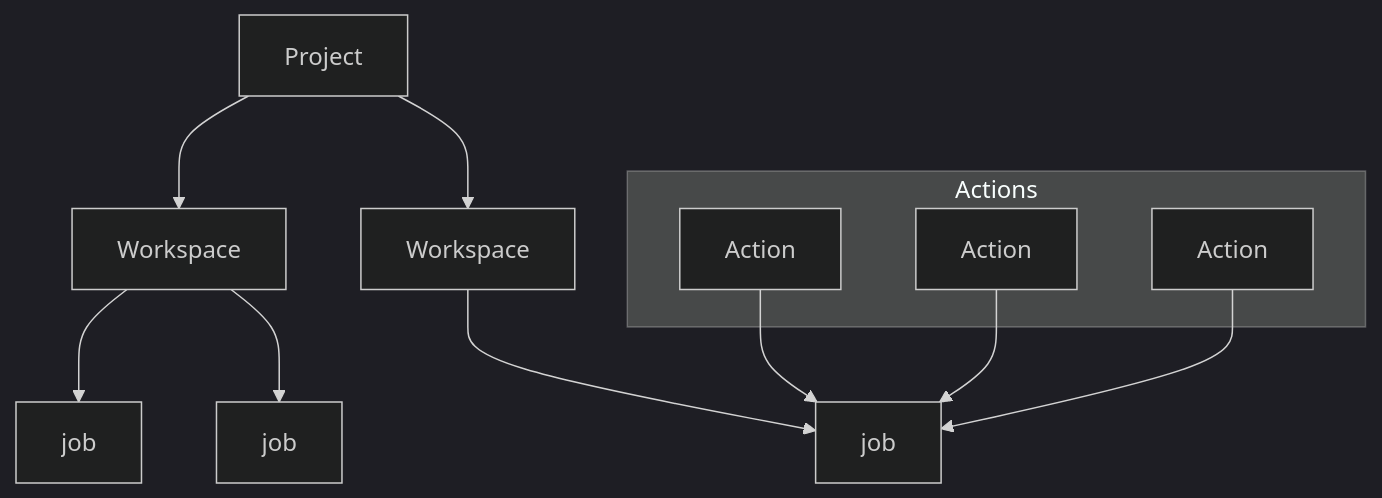
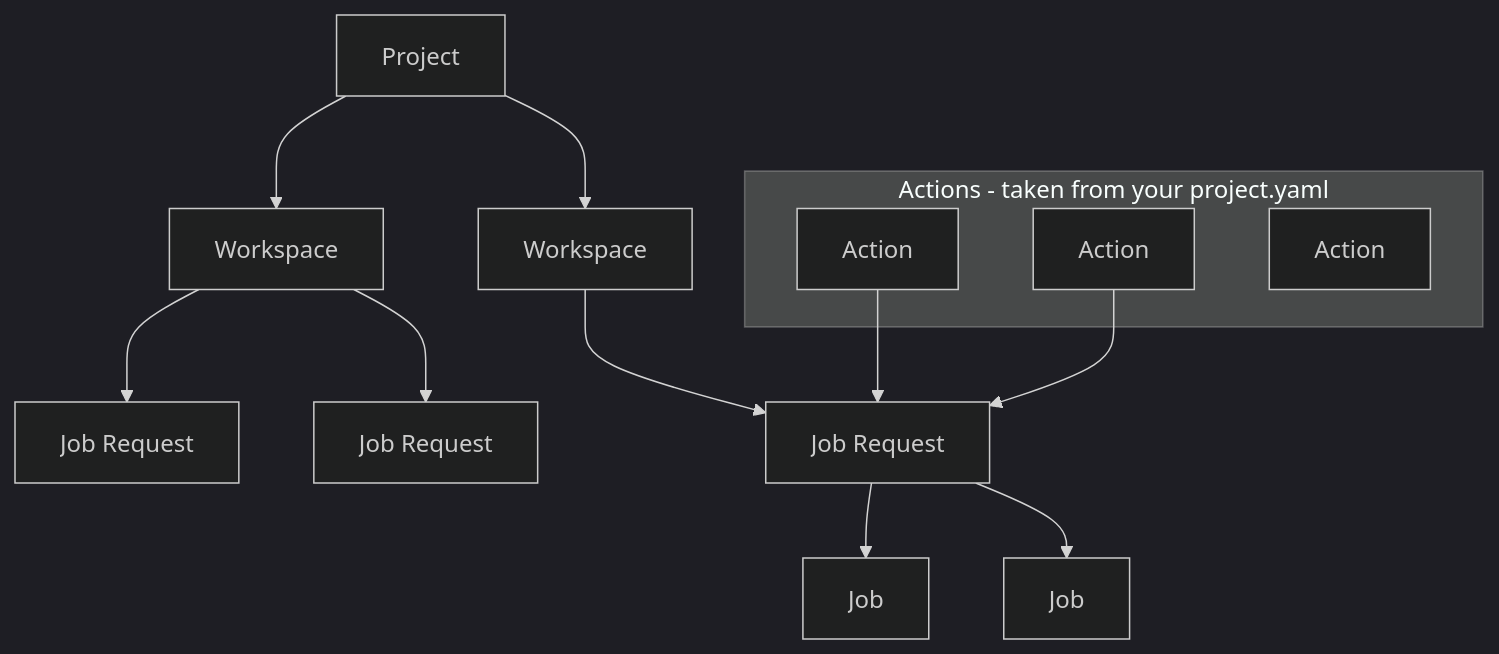
Before and after one commit to opensafely/documentation: the diagram in docs/jobs-site.md, drawn with Mermaid (dark theme). The commit also changed other lines of this file, not shown here.

Commit message:
Correct use of "Job"

````diff
--- a/docs/jobs-site.md
+++ b/docs/jobs-site.md
@@ -11,16 +11,18 @@
 ```mermaid
 graph TD
     A[Project] --> B[Workspace]
     A --> C[Workspace]
-    B --> D[job]
-    C --> E[job]
-    B --> F[job]
-    subgraph Actions[Actions]
+    B --> D[Job Request]
+    B --> E[Job Request]
+    C --> F[Job Request]
+    subgraph Actions[Actions - taken from your project.yaml]
       Action_1[Action]
       Action_2[Action]
       Action_3[Action]
     end
-    Action_1 --> E
-    Action_2 --> E
-    Action_3 --> E
+    Action_1 --> F
+    Action_2 --> F
+    F --> G[Job]
+    F --> H[Job]
+   
 ```
````
